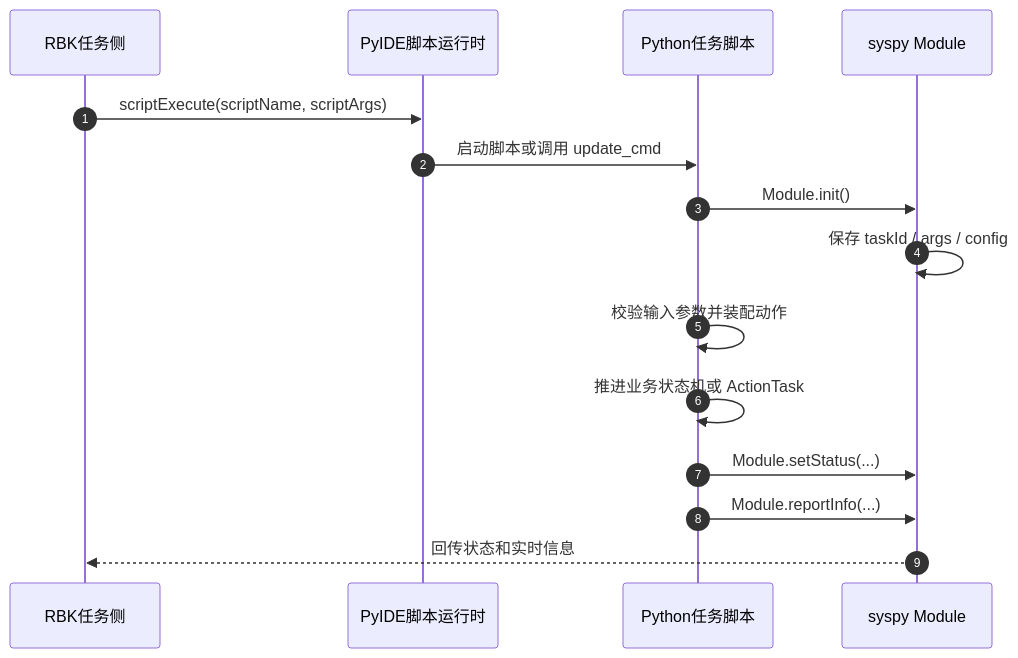
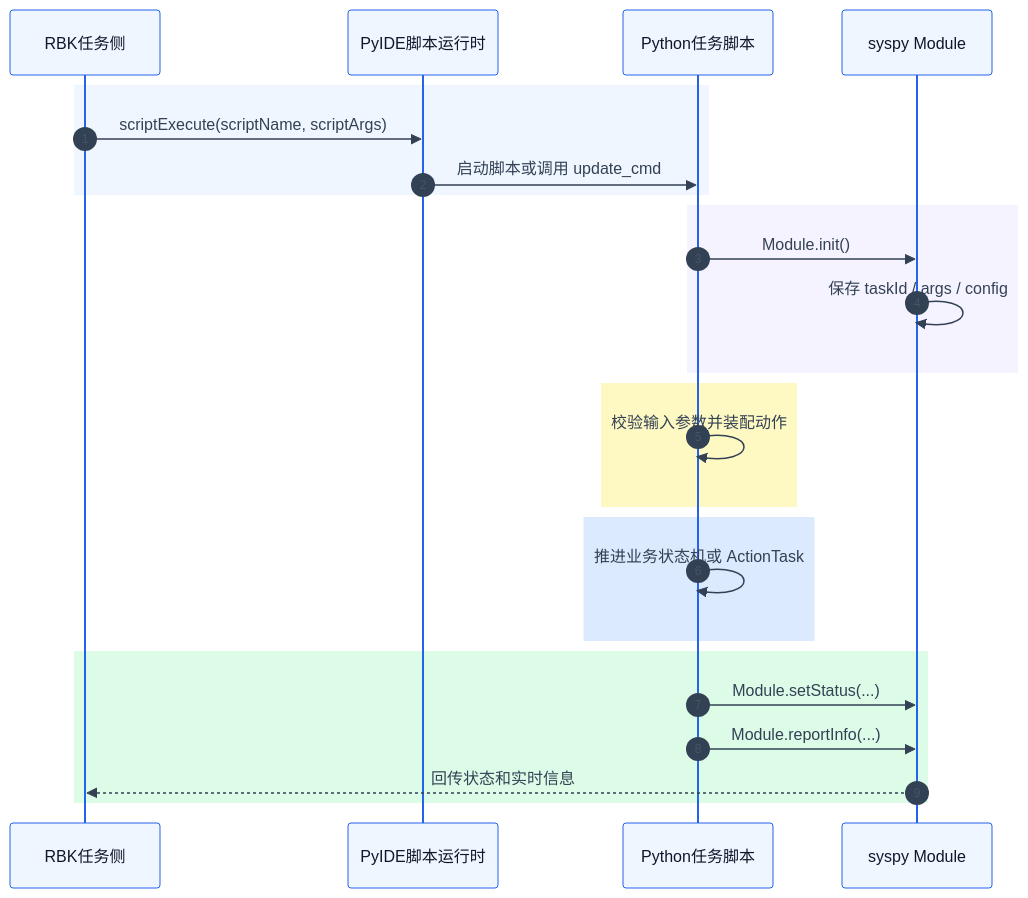
One commit to chl1123/chl1123.github.io changed the first of 5 diagrams in docs/guide/tutorial.md. Above: the diagram before and after it, drawn with Mermaid. The commit also changed other lines of this file and 4 other files, not shown here.

Commit message:
feat: m-7044389795 修复 mermaid 渲染、增加配色

````diff
--- a/docs/guide/tutorial.md
+++ b/docs/guide/tutorial.md
@@ -25,18 +25,29 @@
 ```mermaid
+%%{init: {"theme": "base", "themeVariables": {"actorBkg": "#EFF6FF", "actorBorder": "#2563EB", "actorTextColor": "#0F172A", "activationBkgColor": "#DBEAFE", "activationBorderColor": "#1D4ED8", "sequenceNumberColor": "#475569", "signalColor": "#334155", "signalTextColor": "#334155", "loopTextColor": "#334155"}}}%%
 sequenceDiagram
     autonumber
     participant Task as RBK任务侧
     participant PyIDE as PyIDE脚本运行时
     participant Script as Python任务脚本
     participant Module as syspy Module
 
+    rect rgb(239, 246, 255)
     Task->>PyIDE: scriptExecute(scriptName, scriptArgs)
     PyIDE->>Script: 启动脚本或调用 update_cmd
+    end
+    rect rgb(245, 243, 255)
     Script->>Module: Module.init()
     Module->>Module: 保存 taskId / args / config
+    end
+    rect rgb(254, 249, 195)
     Script->>Script: 校验输入参数并装配动作
+    end
+    rect rgb(219, 234, 254)
     Script->>Script: 推进业务状态机或 ActionTask
+    end
+    rect rgb(220, 252, 231)
     Script->>Module: Module.setStatus(...)
     Script->>Module: Module.reportInfo(...)
     Module-->>Task: 回传状态和实时信息
+    end
 ```
````
